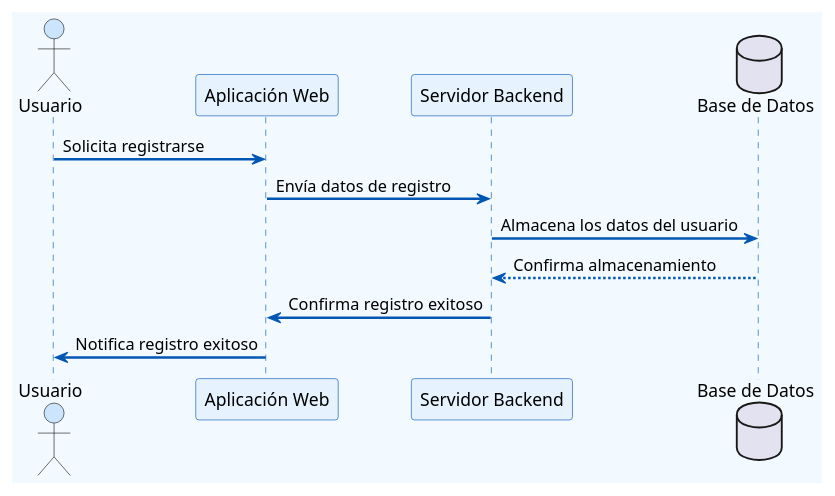
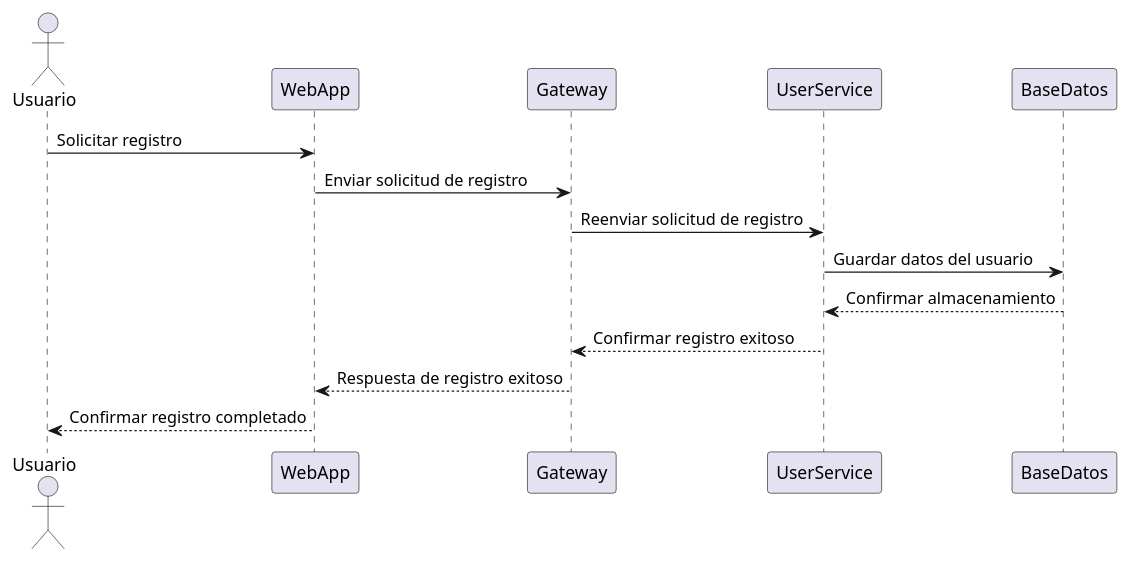
One commit to Arquisoft/wichat_es5b changed the first of 5 diagrams in docs/src/06_runtime_view.adoc. Above: the diagram before and after it, drawn with PlantUML. The commit also changed other lines of this file, not shown here.

Commit message:
Modificados los diagramas de inicio de sesion y registro de usuarios

```diff
--- a/docs/src/06_runtime_view.adoc
+++ b/docs/src/06_runtime_view.adoc
@@ -46,27 +46,17 @@
 [plantuml,"Registro de nuevo usuario",png]
 ----
 @startuml
-skinparam backgroundColor #F2F9FF
-skinparam sequence {
-    ActorBackgroundColor #CCE5FF
-    ParticipantBackgroundColor #E6F3FF
-    ParticipantBorderColor #0056B3
-    LifeLineBorderColor #0056B3
-    LifeLineBackgroundColor #CCE5FF
-    ArrowColor #0056B3
-    ArrowThickness 2
-}
 
 actor Usuario
-participant "Aplicación Web" as Aplicacion_Web
-participant "Servidor Backend" as Servidor_Backend
-database "Base de Datos" as Base_Datos
 
-Usuario -> Aplicacion_Web : Solicita registrarse
-Aplicacion_Web -> Servidor_Backend : Envía datos de registro
-Servidor_Backend -> Base_Datos : Almacena los datos del usuario
-Base_Datos --> Servidor_Backend : Confirma almacenamiento
-Servidor_Backend -> Aplicacion_Web : Confirma registro exitoso
-Aplicacion_Web -> Usuario : Notifica registro exitoso
+Usuario -> WebApp: Solicitar registro
+WebApp -> Gateway: Enviar solicitud de registro
+Gateway -> UserService: Reenviar solicitud de registro
+UserService -> BaseDatos: Guardar datos del usuario
+BaseDatos --> UserService: Confirmar almacenamiento
+UserService --> Gateway: Confirmar registro exitoso
+Gateway --> WebApp: Respuesta de registro exitoso
+WebApp --> Usuario: Confirmar registro completado
+
 @enduml
 ----
```
